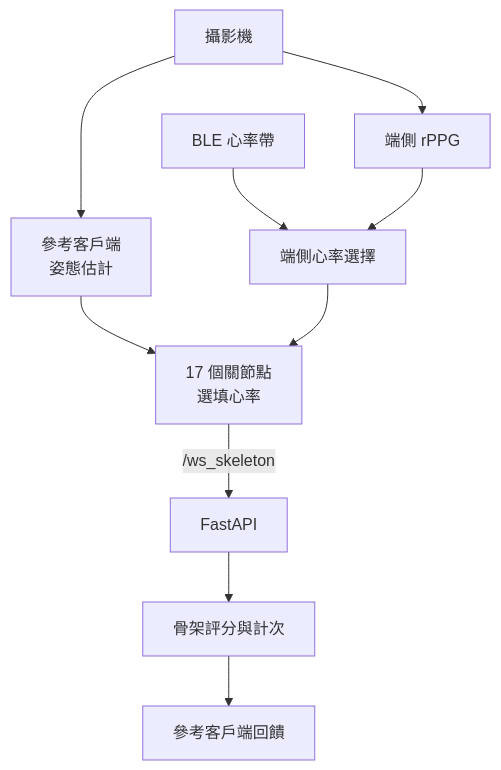
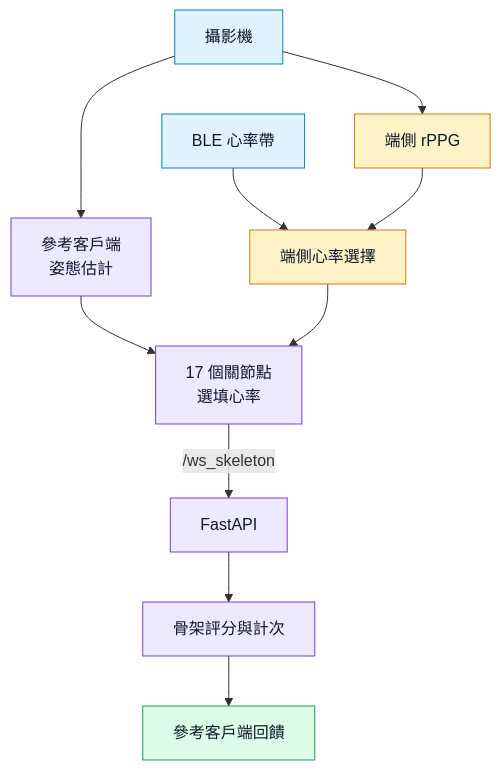
The second of 2 diagrams in README.md (ghjkl563563-stack/ai-fitness-coach), drawn with Mermaid before and after one commit. The commit also changed other lines of this file, not shown here.

Commit message:
Color-code architecture diagram stages

````diff
--- a/README.md
+++ b/README.md
@@ -42,12 +51,21 @@
 ```mermaid
 flowchart TB
     camera["攝影機"] --> pose["參考客戶端<br/>姿態估計"]
     camera --> rppg["端側 rPPG"]
     ble["BLE 心率帶"] --> hr["端側心率選擇"]
     rppg --> hr
     pose --> packet["17 個關節點<br/>選填心率"]
     hr --> packet
     packet -->|/ws_skeleton| api["FastAPI"]
     api --> score["骨架評分與計次"]
     score --> result["參考客戶端回饋"]
+
+    classDef input fill:#E0F2FE,stroke:#0284C7,color:#0F172A
+    classDef sensing fill:#FEF3C7,stroke:#D97706,color:#0F172A
+    classDef core fill:#EDE9FE,stroke:#7C3AED,color:#0F172A
+    classDef output fill:#DCFCE7,stroke:#16A34A,color:#0F172A
+    class camera,ble input
+    class rppg,hr sensing
+    class pose,packet,api,score core
+    class result output
 ```
````
